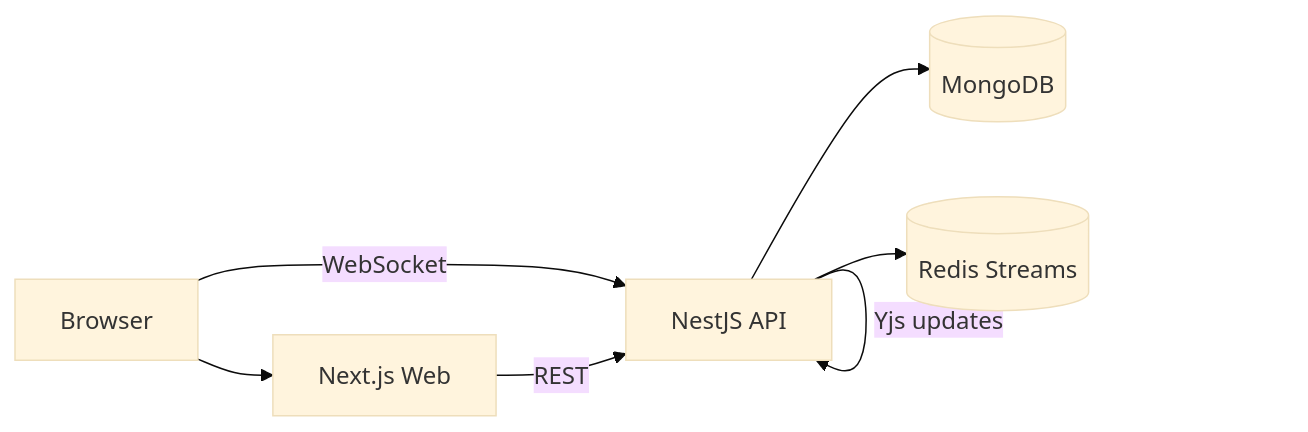
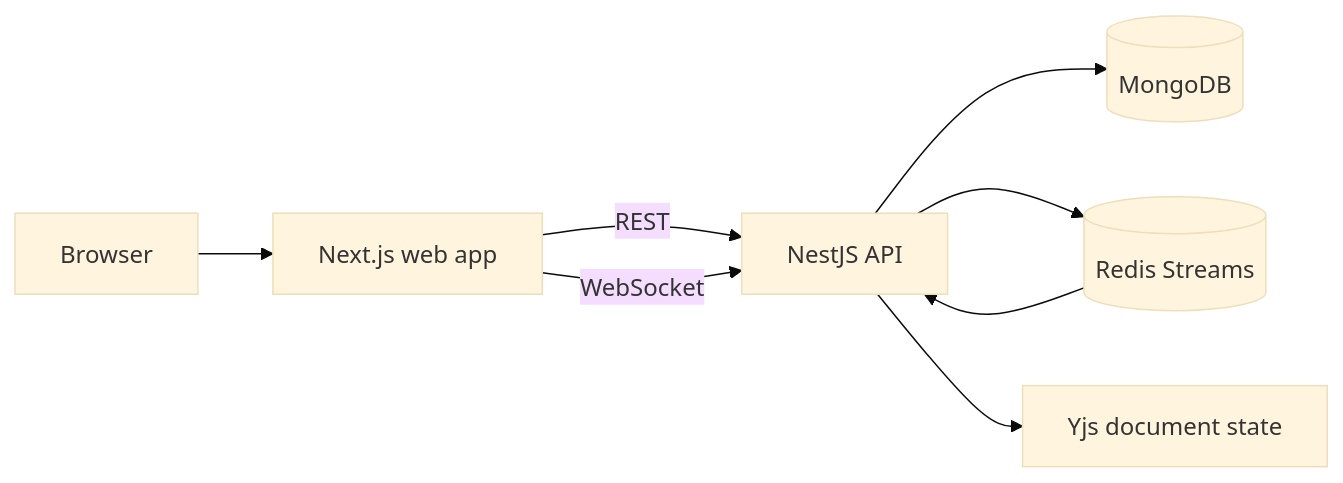
One commit to sushildalavi/SyncSpace changed the first of 2 diagrams in README.md. Above: the diagram before and after it, drawn with Mermaid (base theme). The commit also changed other lines of this file, not shown here.

````diff
--- a/README.md
+++ b/README.md
@@ -13,9 +16,10 @@
 ```mermaid
 flowchart LR
-  Browser --> Web[Next.js Web]
-  Browser -->|WebSocket| API[NestJS API]
-  Web -->|REST| API
+  Browser["Browser"] --> Web["Next.js web app"]
+  Web -->|REST| API["NestJS API"]
+  Web -->|WebSocket| API
   API --> Mongo[(MongoDB)]
   API --> Redis[(Redis Streams)]
-  API -->|Yjs updates| API
+  API --> Yjs["Yjs document state"]
+  Redis --> API
 ```
````
